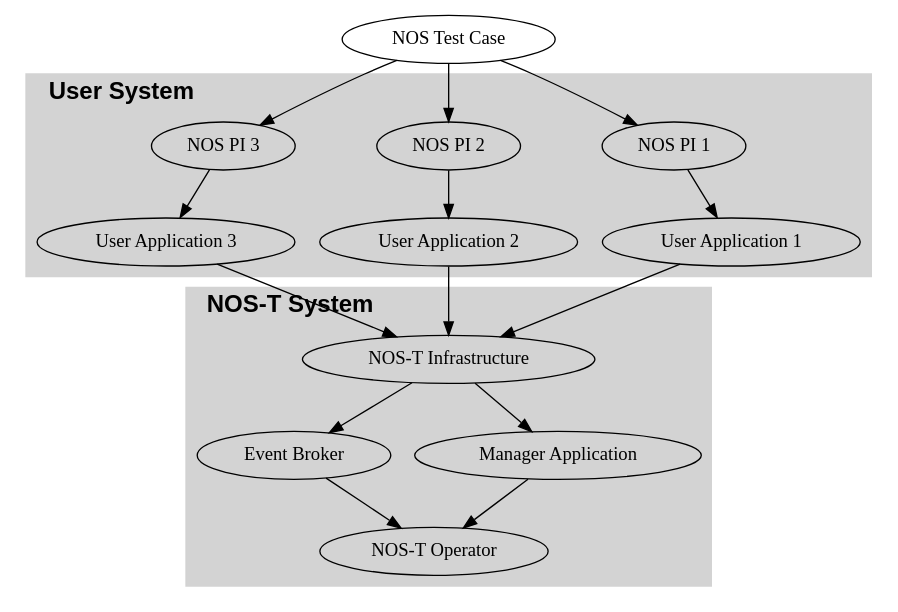
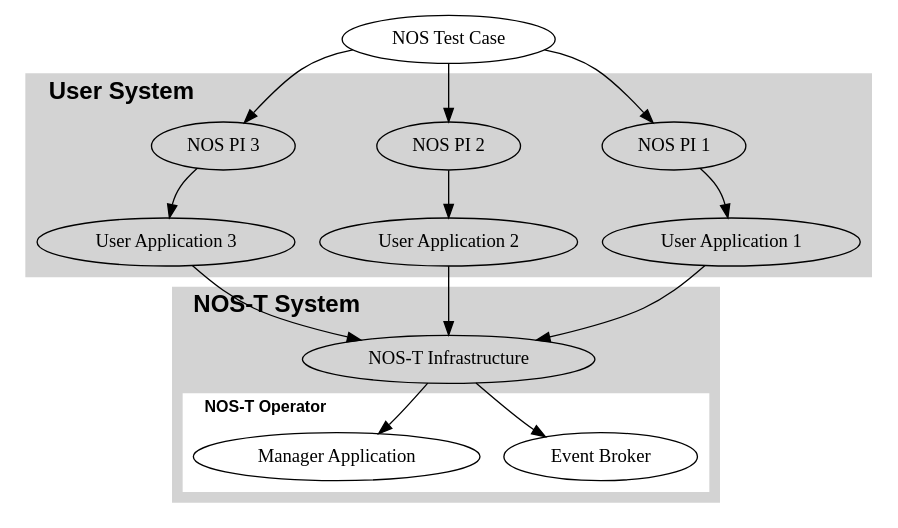
One commit to code-lab-org/nost-tools changed the diagram in docs/source/index.rst. Above: the diagram before and after it, drawn with Graphviz.

Commit message:
curved lines

```diff
--- a/docs/source/index.rst
+++ b/docs/source/index.rst
@@ -21,40 +21,53 @@
 .. graphviz::
    :align: center
 
-   digraph G {
-   
-   "NOS Test Case" -> "NOS PI 1";
-   "NOS Test Case" -> "NOS PI 2";
-   "NOS Test Case" -> "NOS PI 3";
-   
-   subgraph cluster0 {
-      style=filled;
-      color=lightgrey;
-      label="User System";
-      labeljust="l";
-      fontsize=18;
-      fontname="Helvetica-Bold";
+   digraph {
+      splines=curved;
+      overlap=false;
+      "NOS Test Case" -> "NOS PI 1";
+      "NOS Test Case" -> "NOS PI 2";
+      "NOS Test Case" -> "NOS PI 3";
       
-      "NOS PI 1" -> "User Application 1";
-      "NOS PI 2" -> "User Application 2";
-      "NOS PI 3" -> "User Application 3";
+      subgraph cluster0 {
+         style=filled;
+         color=lightgrey;
+         label="User System";
+         labeljust="l";
+         fontsize=18;
+         fontname="Helvetica-Bold";
+         
+         "NOS PI 1" -> "User Application 1";
+         "NOS PI 2" -> "User Application 2";
+         "NOS PI 3" -> "User Application 3";
+         
+      }
+      
+      subgraph cluster1 {
+         style=filled;
+         color=lightgrey;
+         label="NOS-T System";
+         labeljust="l";
+         fontsize=18;
+         fontname="Helvetica-Bold";
+         
+         "NOS-T Infrastructure" -> "Event Broker";
+         "NOS-T Infrastructure" -> "Manager Application";
+         
+         subgraph cluster2 {
+               style=filled;
+               color=white;
+               labelloc="t";
+               fontsize=12;
+               label="NOS-T Operator";
+               
+               "Event Broker";
+               "Manager Application";
+               
+         }
+         
+      }
+      "User Application 1" -> "NOS-T Infrastructure";
+      "User Application 2" -> "NOS-T Infrastructure";
+      "User Application 3" -> "NOS-T Infrastructure";
+      
    }
-   
-   subgraph cluster1 {
-      style=filled;
-      color=lightgrey;
-      label="NOS-T System";
-      labeljust="l";
-      fontsize=18;
-      fontname="Helvetica-Bold";
-      
-      "NOS-T Infrastructure" -> "Event Broker";
-      "NOS-T Infrastructure" -> "Manager Application";
-      "Event Broker" -> "NOS-T Operator";
-      "Manager Application" -> "NOS-T Operator";
-   }
-   
-   "User Application 1" -> "NOS-T Infrastructure";
-   "User Application 2" -> "NOS-T Infrastructure";
-   "User Application 3" -> "NOS-T Infrastructure";
-   }
```
